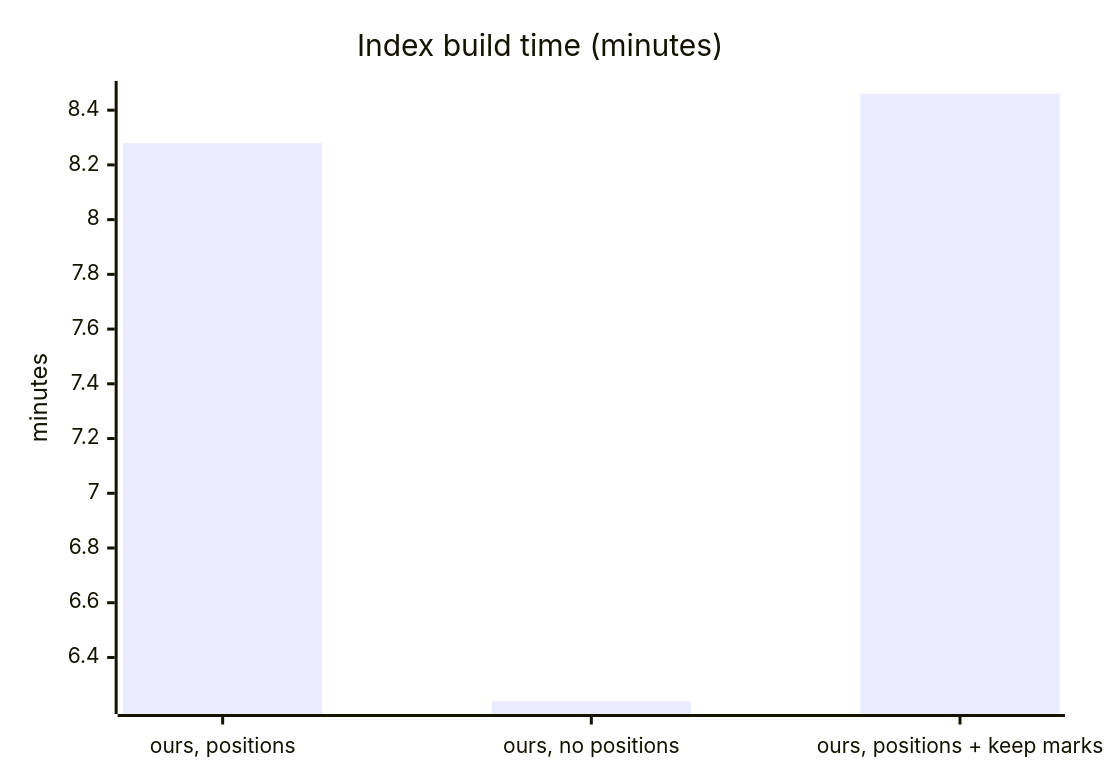
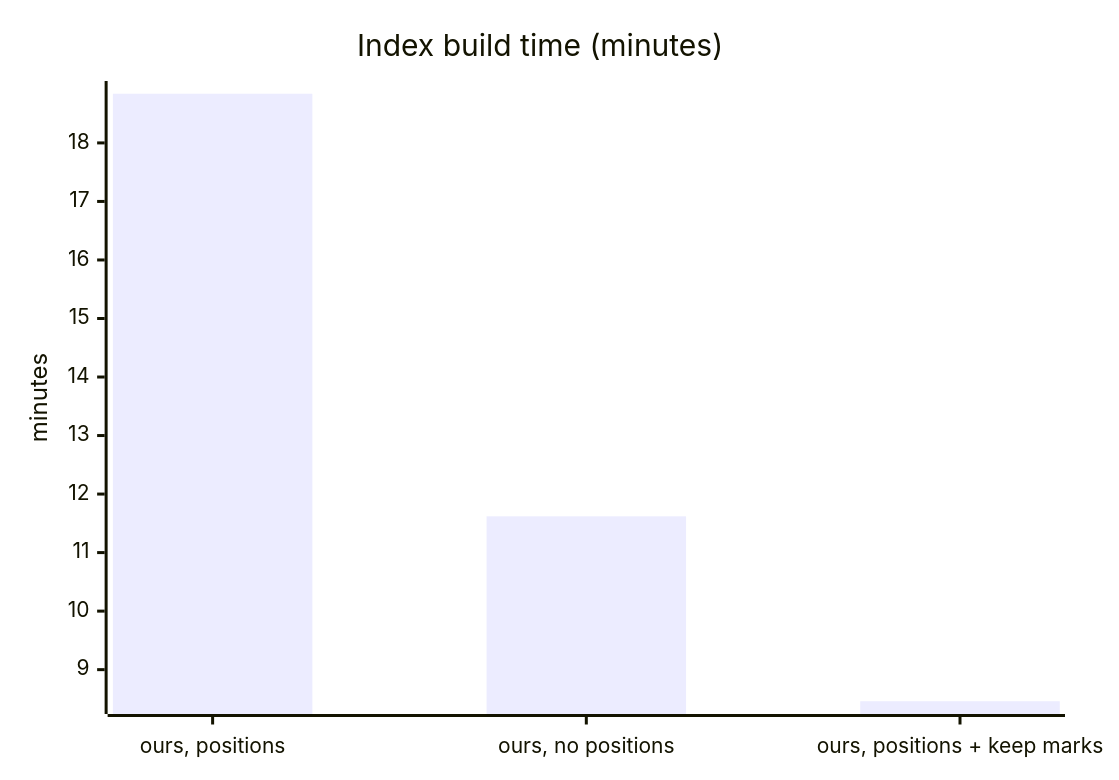
The first of 11 diagrams in FTS-SPECS-AND-COMPARISONS.md (KleiKodesh/SeforimLibrarySearchEngine), drawn with Mermaid before and after one commit. The commit also changed other lines of this file and 22 other files, not shown here.

````diff
--- a/FTS-SPECS-AND-COMPARISONS.md
+++ b/FTS-SPECS-AND-COMPARISONS.md
@@ -78,7 +82,7 @@
 ```mermaid
 xychart-beta
     title "Index build time (minutes)"
     x-axis ["ours, positions", "ours, no positions", "ours, positions + keep marks"]
     y-axis "minutes"
-    bar [8.28, 6.24, 8.46]
+    bar [18.84, 11.62, 8.46]
 ```
````
